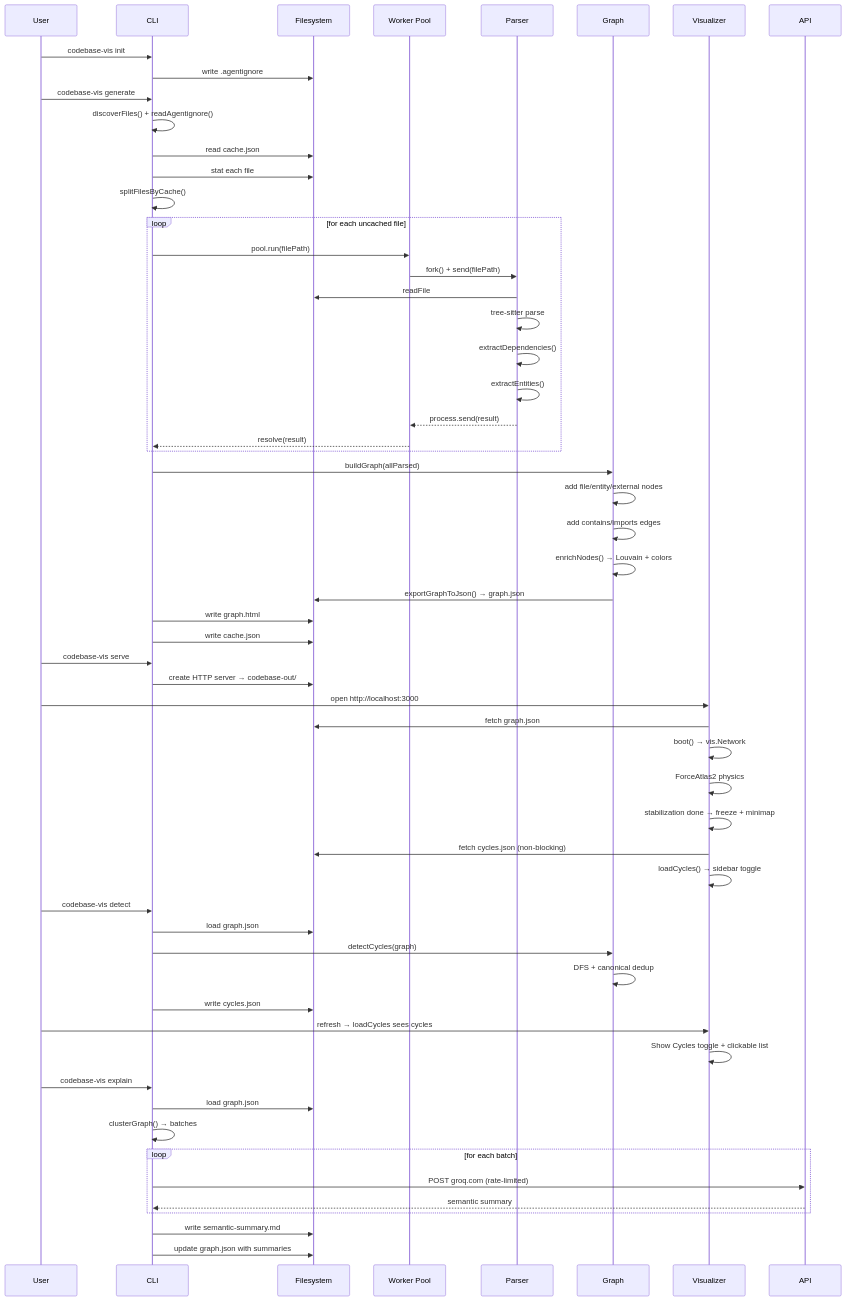
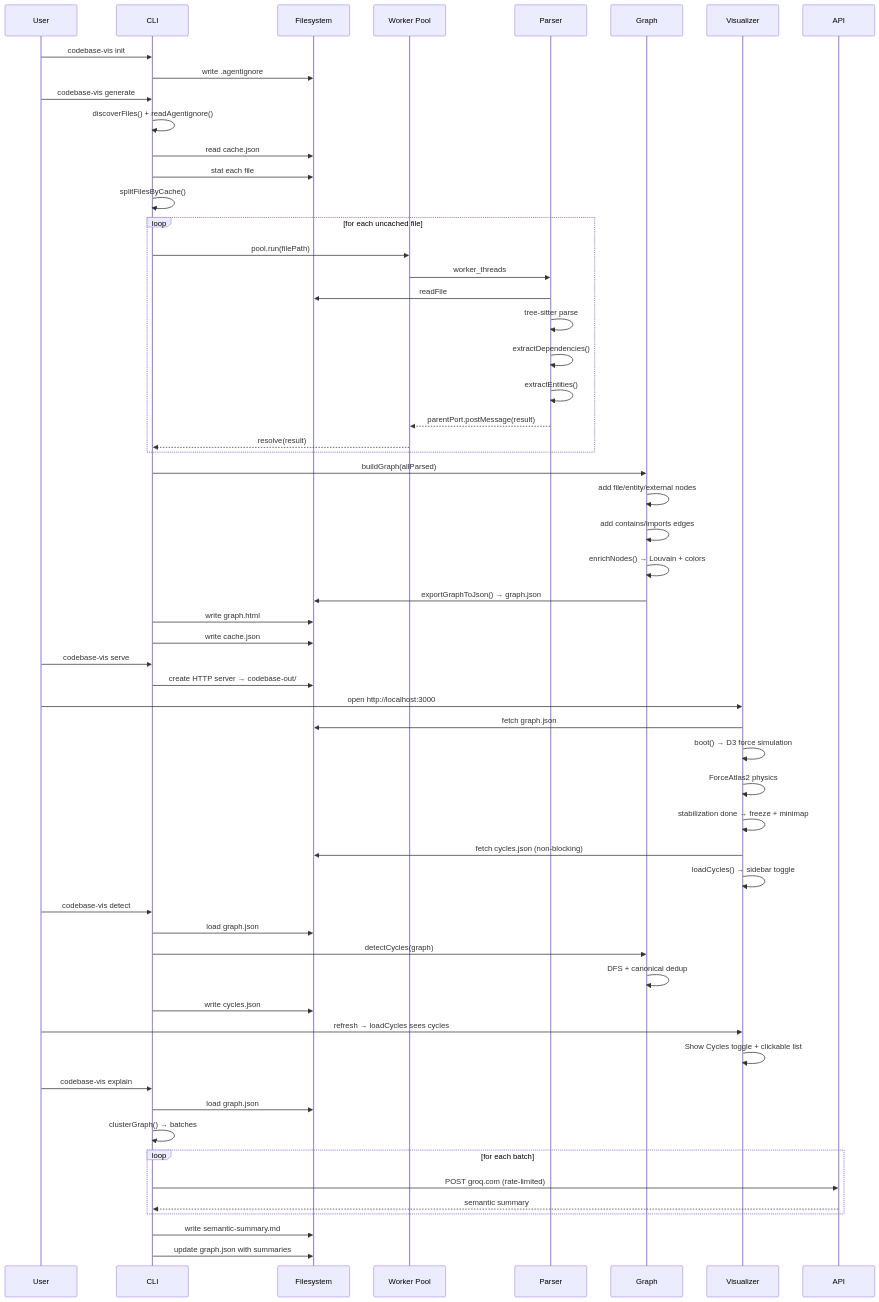
The third of 4 diagrams in ARCHITECTURE/overview.md (Arham-Qureshi/codebase-vis), drawn with Mermaid before and after one commit. The commit also changed other lines of this file, not shown here.

Commit message:
docs: update overview — worker_threads, D3, streaming export

````diff
--- a/ARCHITECTURE/overview.md
+++ b/ARCHITECTURE/overview.md
@@ -205,69 +205,69 @@
 ```mermaid
 sequenceDiagram
     participant U as User
     participant CLI as CLI
     participant FS as Filesystem
     participant WP as Worker Pool
     participant P as Parser
     participant G as Graph
     participant V as Visualizer
 
     U->>CLI: codebase-vis init
     CLI->>FS: write .agentignore
 
     U->>CLI: codebase-vis generate
     CLI->>CLI: discoverFiles() + readAgentignore()
     CLI->>FS: read cache.json
     CLI->>FS: stat each file
     CLI->>CLI: splitFilesByCache()
 
     loop for each uncached file
         CLI->>WP: pool.run(filePath)
-        WP->>P: fork() + send(filePath)
+        WP->>P: worker_threads
         P->>FS: readFile
         P->>P: tree-sitter parse
         P->>P: extractDependencies()
         P->>P: extractEntities()
-        P-->>WP: process.send(result)
+        P-->>WP: parentPort.postMessage(result)
         WP-->>CLI: resolve(result)
     end
 
     CLI->>G: buildGraph(allParsed)
     G->>G: add file/entity/external nodes
     G->>G: add contains/imports edges
     G->>G: enrichNodes() → Louvain + colors
     G->>FS: exportGraphToJson() → graph.json
 
     CLI->>FS: write graph.html
     CLI->>FS: write cache.json
 
     U->>CLI: codebase-vis serve
     CLI->>FS: create HTTP server → codebase-out/
 
     U->>V: open http://localhost:3000
     V->>FS: fetch graph.json
-    V->>V: boot() → vis.Network
+    V->>V: boot() → D3 force simulation
     V->>V: ForceAtlas2 physics
     V->>V: stabilization done → freeze + minimap
     V->>FS: fetch cycles.json (non-blocking)
     V->>V: loadCycles() → sidebar toggle
 
     U->>CLI: codebase-vis detect
     CLI->>FS: load graph.json
     CLI->>G: detectCycles(graph)
     G->>G: DFS + canonical dedup
     CLI->>FS: write cycles.json
 
     U->>V: refresh → loadCycles sees cycles
     V->>V: Show Cycles toggle + clickable list
 
     U->>CLI: codebase-vis explain
     CLI->>FS: load graph.json
     CLI->>CLI: clusterGraph() → batches
     loop for each batch
         CLI->>API: POST groq.com (rate-limited)
         API-->>CLI: semantic summary
     end
     CLI->>FS: write semantic-summary.md
     CLI->>FS: update graph.json with summaries
 ```
````
